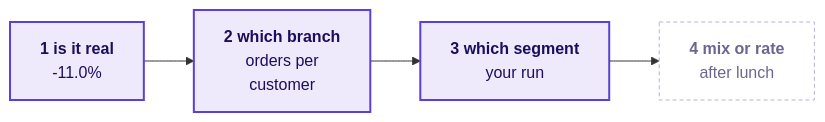
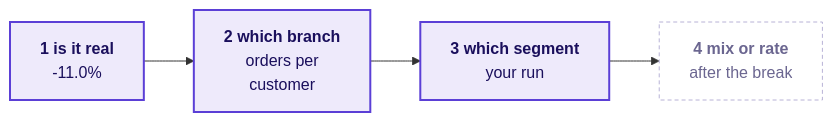
Before and after one commit to fde-academy-lab/c2-content-factory: diagram 18 of 26 in content/W01/D2/slides/C2_W01_D02_half1_STUDENT.md, drawn with Mermaid. The commit also changed other lines of this file and 11 other files, not shown here.

````diff
--- a/content/W01/D2/slides/C2_W01_D02_half1_STUDENT.md
+++ b/content/W01/D2/slides/C2_W01_D02_half1_STUDENT.md
@@ -875,10 +852,10 @@
 ```mermaid
 flowchart LR
     R1["<b>1 is it real</b><br/>-11.0%"] --> R2["<b>2 which branch</b><br/>orders per<br/>customer"]
     R2 --> R3["<b>3 which segment</b><br/>your run"]
-    R3 --> R4["<b>4 mix or rate</b><br/>after lunch"]
+    R3 --> R4["<b>4 mix or rate</b><br/>after the break"]
     classDef known fill:#EEEAFB,stroke:#5B3FD6,color:#1A0F5C,stroke-width:2px
     classDef unknown fill:#FFFFFF,stroke:#B8B2D6,color:#6B6690,stroke-dasharray:4 3
     class R1,R2,R3 known
     class R4 unknown
 ```
````
